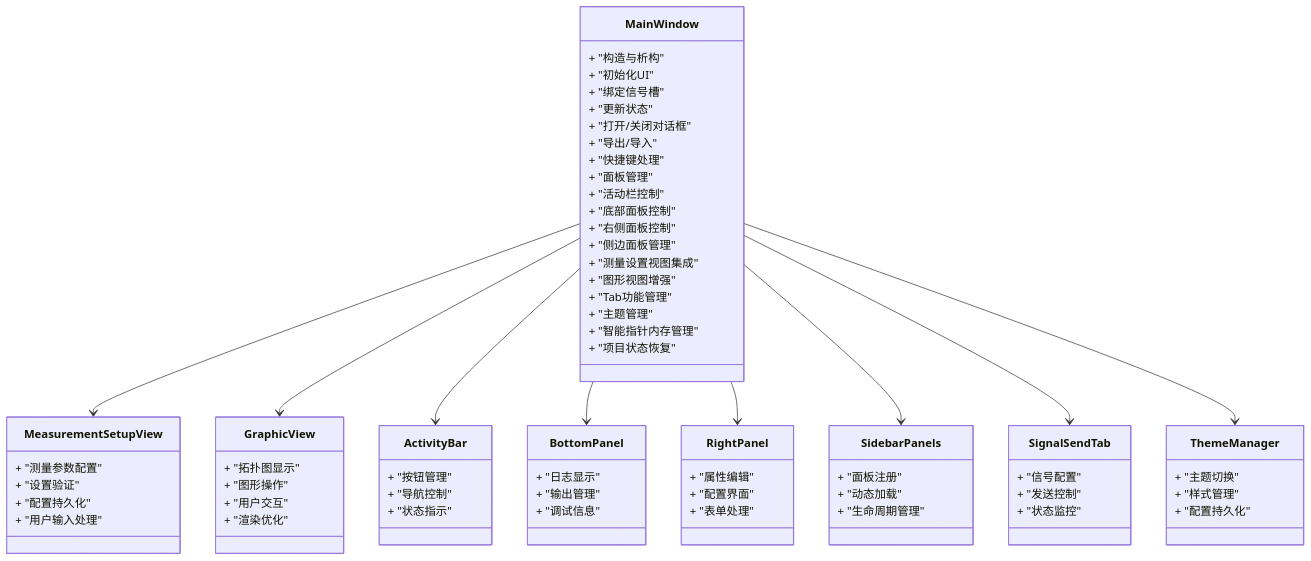
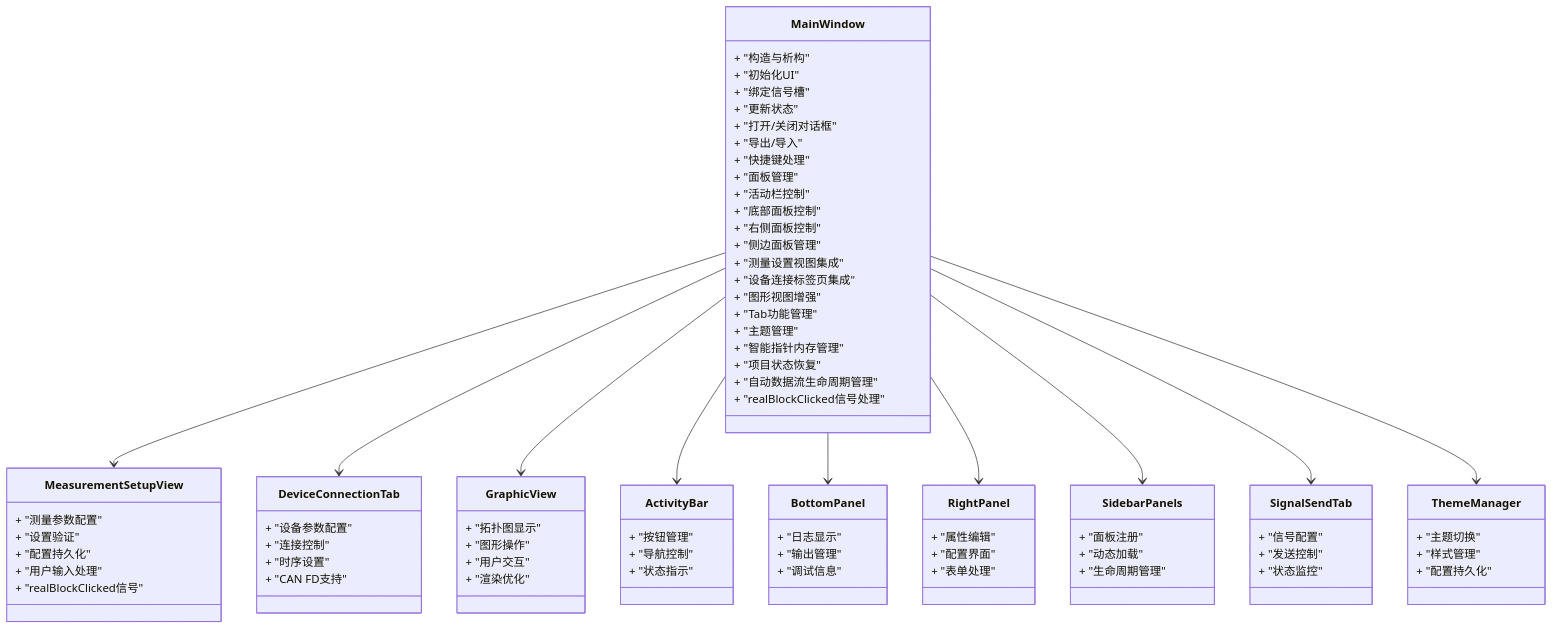
Before and after one commit to jakecai1225-design/OpenBus: the third of 4 diagrams in .qoder/repowiki/zh/content/架构设计/主窗口组件架构.md, drawn with Mermaid. The commit also changed other lines of this file and 35 other files, not shown here.

```diff
--- a/.qoder/repowiki/zh/content/架构设计/主窗口组件架构.md
+++ b/.qoder/repowiki/zh/content/架构设计/主窗口组件架构.md
@@ -242,17 +246,27 @@
 + "右侧面板控制"
 + "侧边面板管理"
 + "测量设置视图集成"
++ "设备连接标签页集成"
 + "图形视图增强"
 + "Tab功能管理"
 + "主题管理"
 + "智能指针内存管理"
 + "项目状态恢复"
++ "自动数据流生命周期管理"
++ "realBlockClicked信号处理"
 }
 class MeasurementSetupView {
 + "测量参数配置"
 + "设置验证"
 + "配置持久化"
 + "用户输入处理"
++ "realBlockClicked信号"
+}
+class DeviceConnectionTab {
++ "设备参数配置"
++ "连接控制"
++ "时序设置"
++ "CAN FD支持"
 }
 class GraphicView {
 + "拓扑图显示"
@@ -291,6 +305,7 @@
 + "配置持久化"
 }
 MainWindow --> MeasurementSetupView
+MainWindow --> DeviceConnectionTab
 MainWindow --> GraphicView
 MainWindow --> ActivityBar
 MainWindow --> BottomPanel
```
